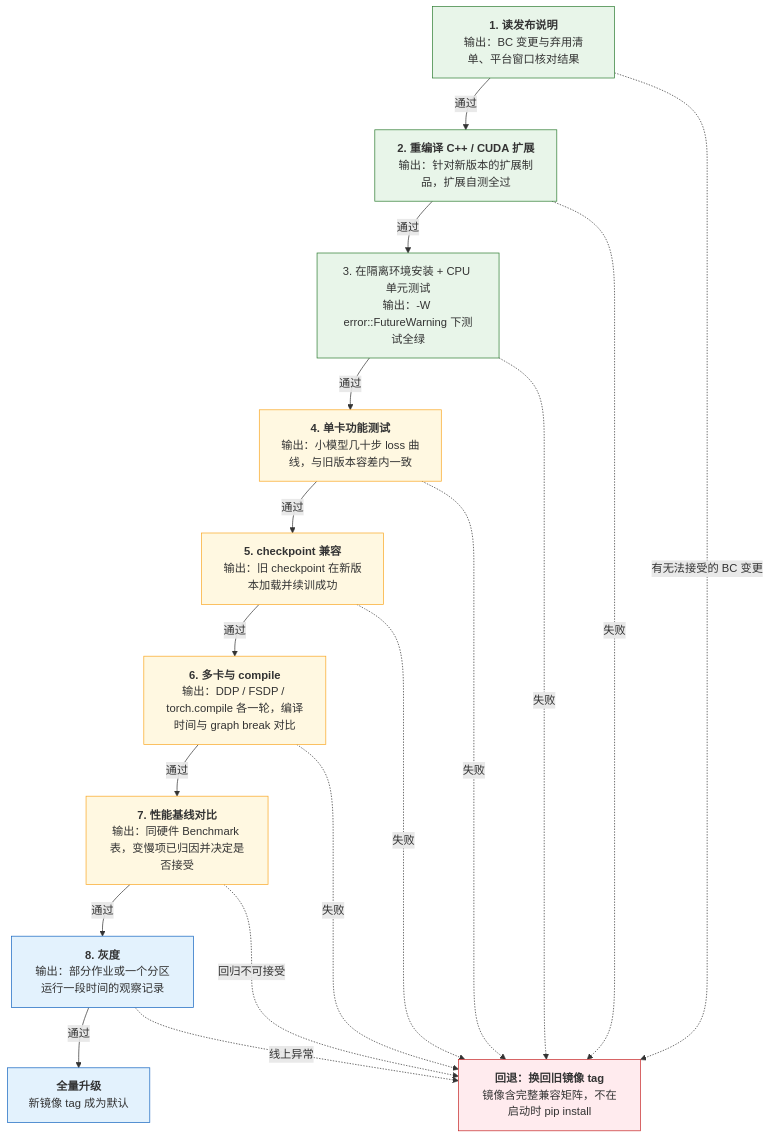
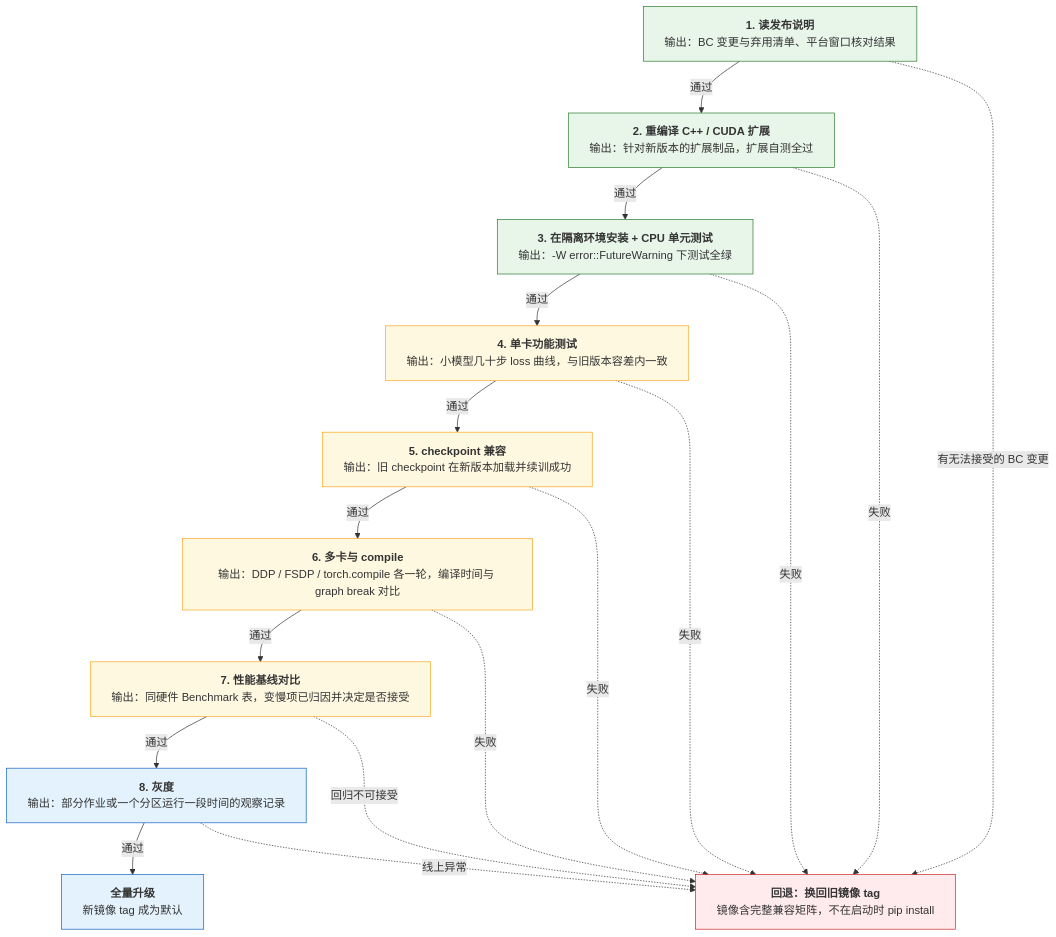
Before and after one commit to arganzheng/arganzheng.github.com: the sixth of 7 diagrams in _posts/2026-02-26-pytorch-engineering-system.md, drawn with Mermaid. The commit also changed other lines of this file and 9 other files, not shown here.

First line of the commit message:
PyTorch 系列其余 9 篇：流程图方框改成「标题 + 列表」

````diff
--- a/_posts/2026-02-26-pytorch-engineering-system.md
+++ b/_posts/2026-02-26-pytorch-engineering-system.md
@@ -885,32 +888,33 @@
 ```mermaid
+%%{init: {"flowchart": {"wrappingWidth": 440}}}%%
 %% 图：升级 playbook 的八步：每步有明确输出物，通过才进下一步，失败则换回旧镜像 tag
 flowchart TB
     S1["<b>1. 读发布说明</b><br/>输出：BC 变更与弃用清单、平台窗口核对结果"]
     S2["<b>2. 重编译 C++ / CUDA 扩展</b><br/>输出：针对新版本的扩展制品，扩展自测全过"]
-    S3["3. 在隔离环境安装 + CPU 单元测试<br/>输出：-W error::FutureWarning 下测试全绿"]
+    S3["<b>3. 在隔离环境安装 + CPU 单元测试</b><br/>输出：-W error::FutureWarning 下测试全绿"]
     S4["<b>4. 单卡功能测试</b><br/>输出：小模型几十步 loss 曲线，与旧版本容差内一致"]
     S5["<b>5. checkpoint 兼容</b><br/>输出：旧 checkpoint 在新版本加载并续训成功"]
     S6["<b>6. 多卡与 compile</b><br/>输出：DDP / FSDP / torch.compile 各一轮，编译时间与 graph break 对比"]
     S7["<b>7. 性能基线对比</b><br/>输出：同硬件 Benchmark 表，变慢项已归因并决定是否接受"]
     S8["<b>8. 灰度</b><br/>输出：部分作业或一个分区运行一段时间的观察记录"]
     DONE["<b>全量升级</b><br/>新镜像 tag 成为默认"]
     BACK["<b>回退：换回旧镜像 tag</b><br/>镜像含完整兼容矩阵，不在启动时 pip install"]
     S1 -->|"通过"| S2 -->|"通过"| S3 -->|"通过"| S4 -->|"通过"| S5 -->|"通过"| S6 -->|"通过"| S7 -->|"通过"| S8 -->|"通过"| DONE
     S1 -.->|"有无法接受的 BC 变更"| BACK
     S2 -.->|"失败"| BACK
     S3 -.->|"失败"| BACK
     S4 -.->|"失败"| BACK
     S5 -.->|"失败"| BACK
     S6 -.->|"失败"| BACK
     S7 -.->|"回归不可接受"| BACK
     S8 -.->|"线上异常"| BACK
 
     classDef low fill:#e8f5e9,stroke:#2e7d32;
     classDef mid fill:#fff8e1,stroke:#f9a825;
     classDef high fill:#e3f2fd,stroke:#1565c0;
     classDef bad fill:#ffebee,stroke:#c62828;
     class S1,S2,S3 low;
     class S4,S5,S6,S7 mid;
     class S8,DONE high;
     class BACK bad;
 ```
````
